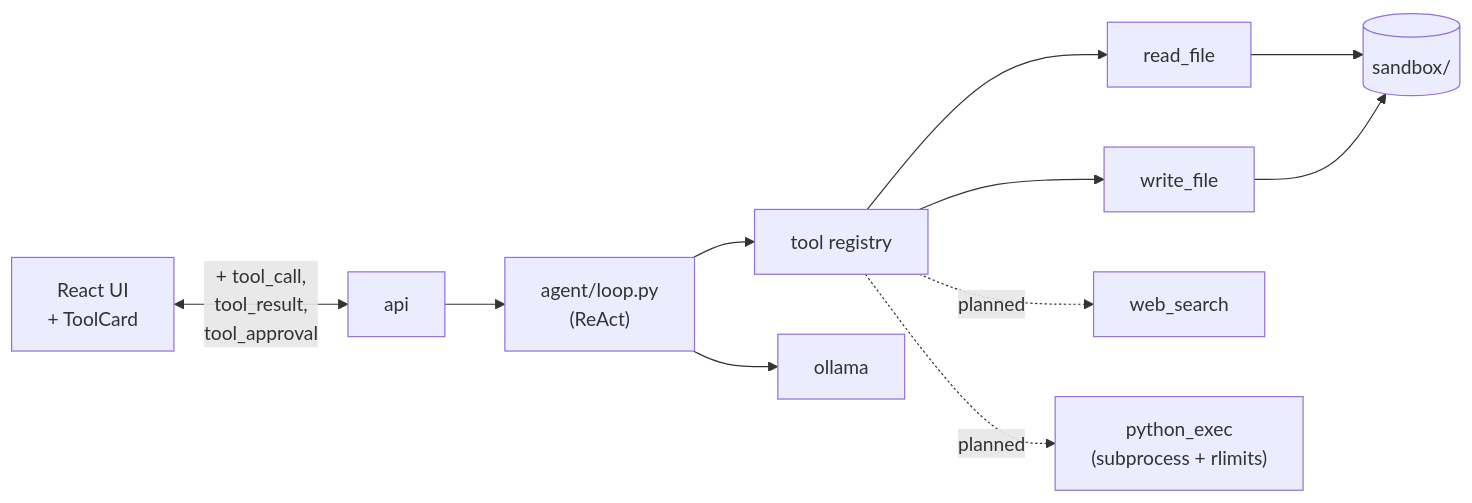
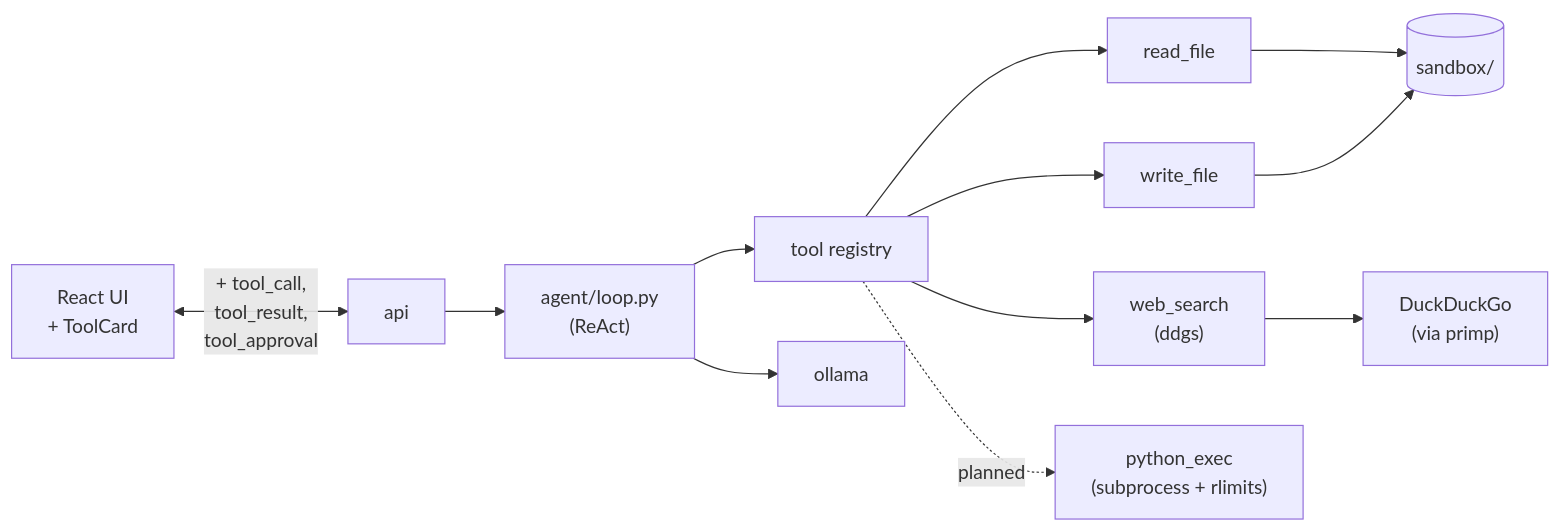
The fifth of 9 diagrams in docs/design/HLD.md (fhdbbk/personal-agent), drawn with Mermaid before and after one commit. The commit also changed other lines of this file and 11 other files, not shown here.

First line of the commit message:
Add web_search tool (ddgs backend) + async-journey learnings

````diff
--- a/docs/design/HLD.md
+++ b/docs/design/HLD.md
@@ -212,13 +212,14 @@
 ```mermaid
 flowchart LR
     ui["React UI<br/>+ ToolCard"] <-- "+ tool_call,<br/>tool_result,<br/>tool_approval" --> api
     api --> loop["agent/loop.py<br/>(ReAct)"]
     loop --> reg["tool registry"]
     reg --> rf["read_file"]
     reg --> wf["write_file"]
-    reg -. planned .-> ws["web_search"]
+    reg --> ws["web_search<br/>(ddgs)"]
     reg -. planned .-> py["python_exec<br/>(subprocess + rlimits)"]
     rf --> sb[("sandbox/")]
     wf --> sb
+    ws --> ddg["DuckDuckGo<br/>(via primp)"]
     loop --> ollama
 ```
````
